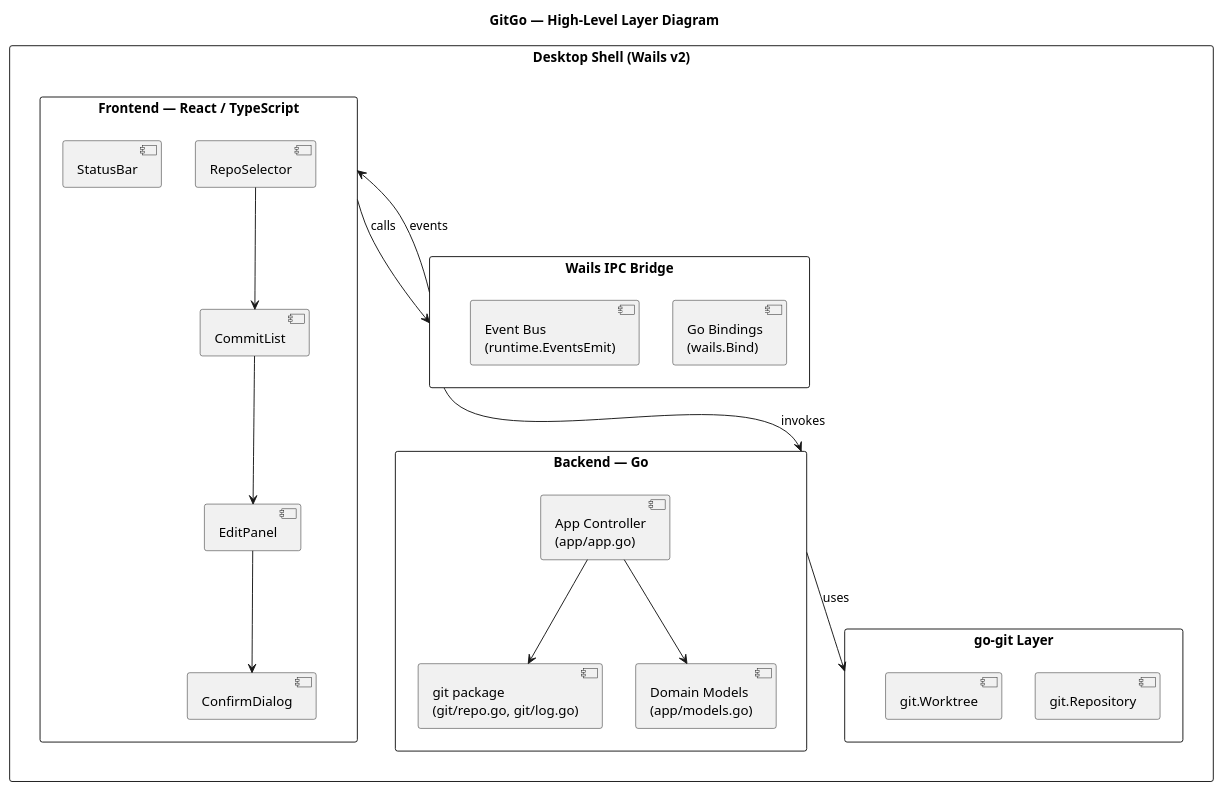
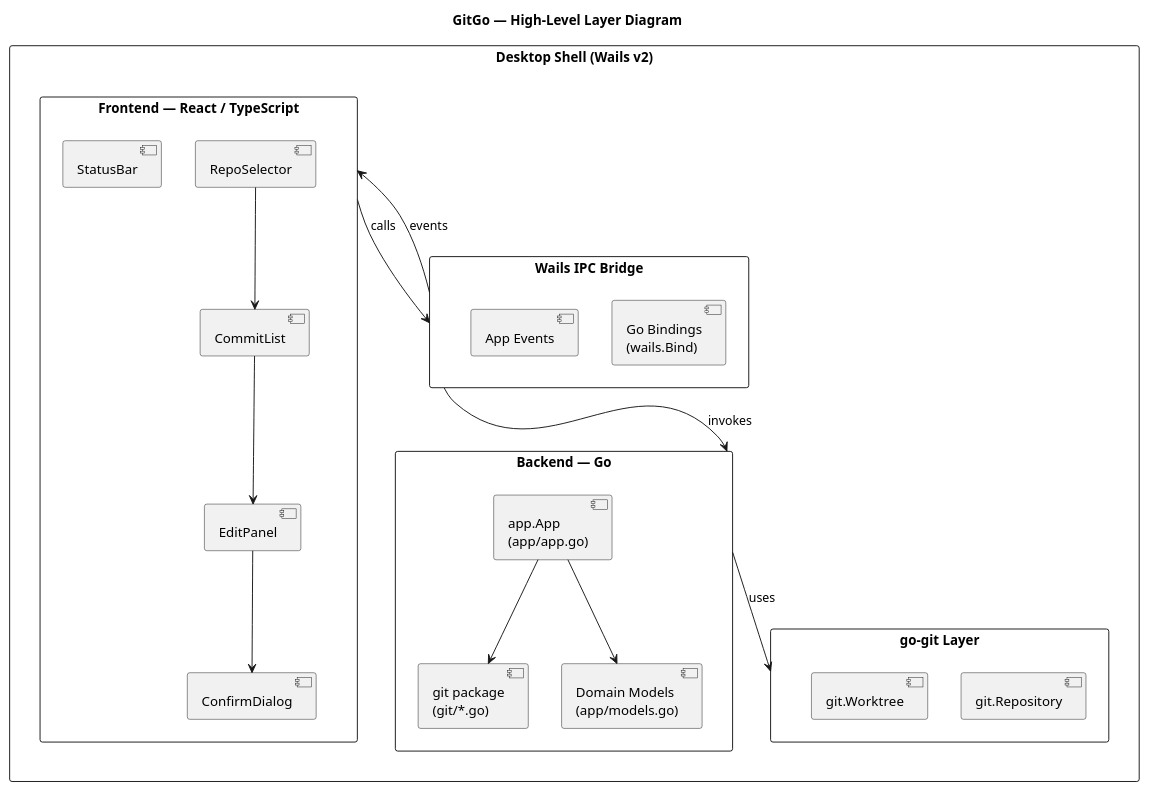
Before and after one commit to DunderGG/gitgo: the diagram in docs/diagrams/layer-diagram.puml, drawn with PlantUML. The commit also changed 3 other files, not shown here.

```diff
--- a/docs/diagrams/layer-diagram.puml
+++ b/docs/diagrams/layer-diagram.puml
@@ -1,43 +1,43 @@
 @startuml layer-diagram
 title GitGo — High-Level Layer Diagram
 
 rectangle "Desktop Shell (Wails v2)" {
 
     rectangle "Frontend — React / TypeScript" as FE {
         component [RepoSelector] as RS
         component [CommitList] as CL
         component [EditPanel] as EP
         component [ConfirmDialog] as CD
         component [StatusBar] as SB
 
         RS --> CL
         CL --> EP
         EP --> CD
     }
 
     rectangle "Wails IPC Bridge" as Bridge {
         component [Go Bindings\n(wails.Bind)] as BND
-        component [Event Bus\n(runtime.EventsEmit)] as EVT
+        component [App Events] as EVT
     }
 
     rectangle "Backend — Go" as BE {
-        component [App Controller\n(app/app.go)] as AC
-        component [git package\n(git/repo.go, git/log.go)] as GS
+        component [app.App\n(app/app.go)] as AC
+        component [git package\n(git/*.go)] as GS
         component [Domain Models\n(app/models.go)] as MD
 
         AC --> GS
         AC --> MD
     }
 
     rectangle "go-git Layer" as GIT {
         component [git.Repository] as RP
         component [git.Worktree] as WK
     }
 
     FE --> Bridge : calls
     Bridge --> BE : invokes
     BE --> GIT : uses
     Bridge --> FE : events
 }
 
 @enduml
```
